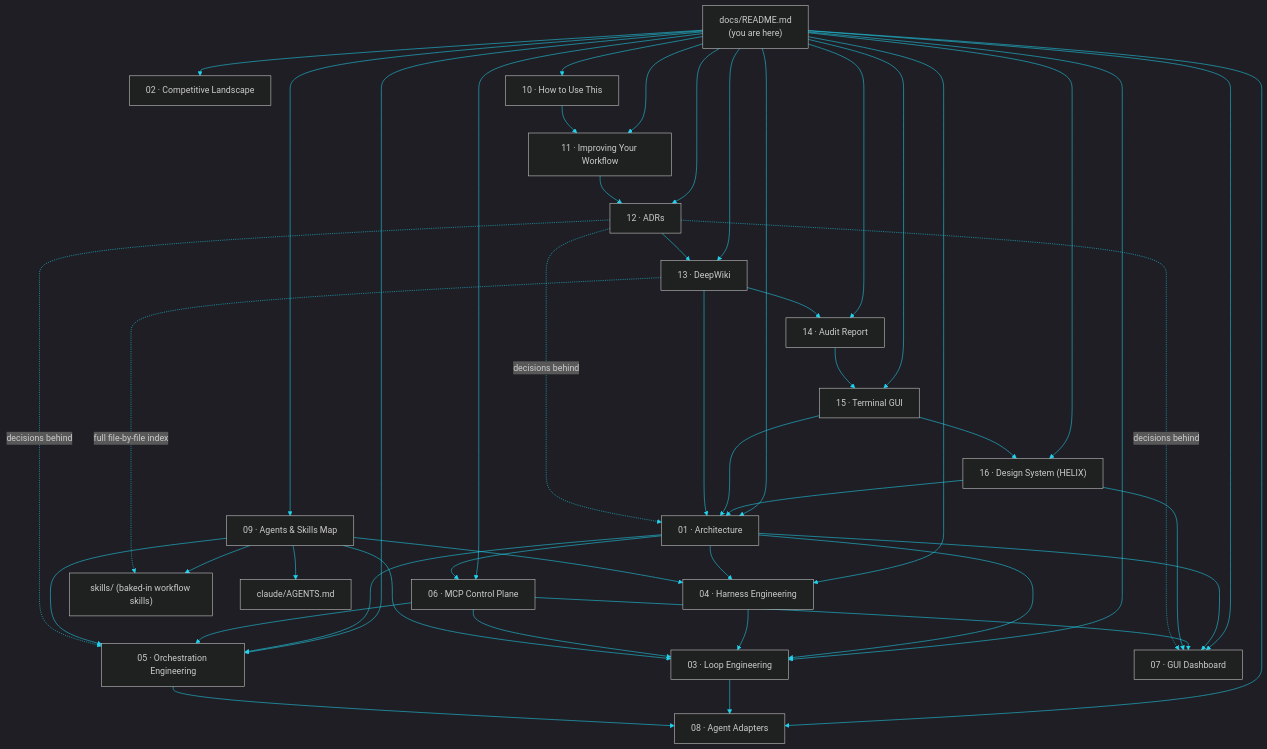
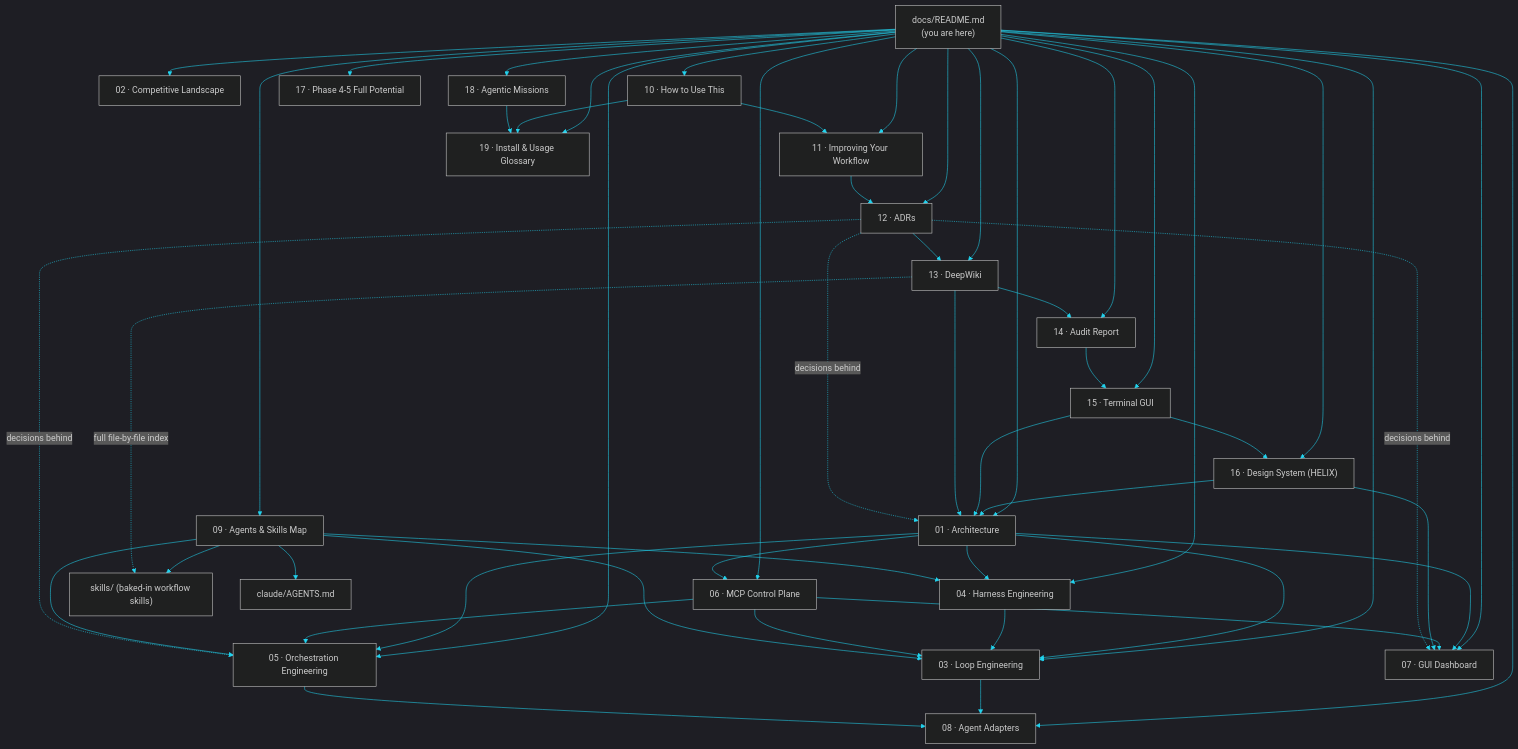
The first of 2 diagrams in docs/README.md (LehroSolutions/lehrosol-cli), drawn with Mermaid before and after one commit. The commit also changed other lines of this file and 36 other files, not shown here.

First line of the commit message:
docs: add 19-glossary — install & usage dictionary for CLI + Lehrosol Code

````diff
--- a/docs/README.md
+++ b/docs/README.md
@@ -7,50 +7,55 @@
 ```mermaid
 %%{init: {'theme':'dark', 'themeVariables': {'primaryColor':'#0f1720','primaryTextColor':'#e6faff','primaryBorderColor':'#22d3ee','lineColor':'#22d3ee','secondaryColor':'#111827','tertiaryColor':'#05070a'}}}%%
 flowchart TD
     README["docs/README.md\n(you are here)"] --> ARCH["01 · Architecture"]
     README --> COMP["02 · Competitive Landscape"]
     README --> LOOP["03 · Loop Engineering"]
     README --> HARN["04 · Harness Engineering"]
     README --> ORCH["05 · Orchestration Engineering"]
     README --> MCP["06 · MCP Control Plane"]
     README --> GUI["07 · GUI Dashboard"]
     README --> ADAPT["08 · Agent Adapters"]
     README --> AGSK["09 · Agents & Skills Map"]
     README --> HOWTO["10 · How to Use This"]
     README --> WORKFLOW["11 · Improving Your Workflow"]
     README --> ADR["12 · ADRs"]
     README --> WIKI["13 · DeepWiki"]
     README --> AUDIT["14 · Audit Report"]
     README --> TUI["15 · Terminal GUI"]
     README --> DS["16 · Design System (HELIX)"]
+    README --> P45["17 · Phase 4-5 Full Potential"]
+    README --> MISSIONS["18 · Agentic Missions"]
+    README --> GLOSS["19 · Install & Usage Glossary"]
+    HOWTO --> GLOSS
+    MISSIONS --> GLOSS
     ARCH --> LOOP
     ARCH --> HARN
     ARCH --> ORCH
     ARCH --> MCP
     ARCH --> GUI
     LOOP --> ADAPT
     ORCH --> ADAPT
     HARN --> LOOP
     MCP --> GUI
     MCP --> LOOP
     MCP --> ORCH
     AGSK --> LOOP
     AGSK --> HARN
     AGSK --> ORCH
     AGSK --> SKILLS["skills/ (baked-in workflow skills)"]
     AGSK --> CLAUDEDIR["claude/AGENTS.md"]
     HOWTO --> WORKFLOW
     WORKFLOW --> ADR
     ADR --> WIKI
     WIKI --> AUDIT
     AUDIT --> TUI
     TUI --> DS
     DS --> GUI
     DS --> ARCH
     TUI --> ARCH
     WIKI --> ARCH
     WIKI -."full file-by-file index".-> SKILLS
     ADR -."decisions behind".-> ARCH
     ADR -."decisions behind".-> GUI
     ADR -."decisions behind".-> ORCH
 ```
````
